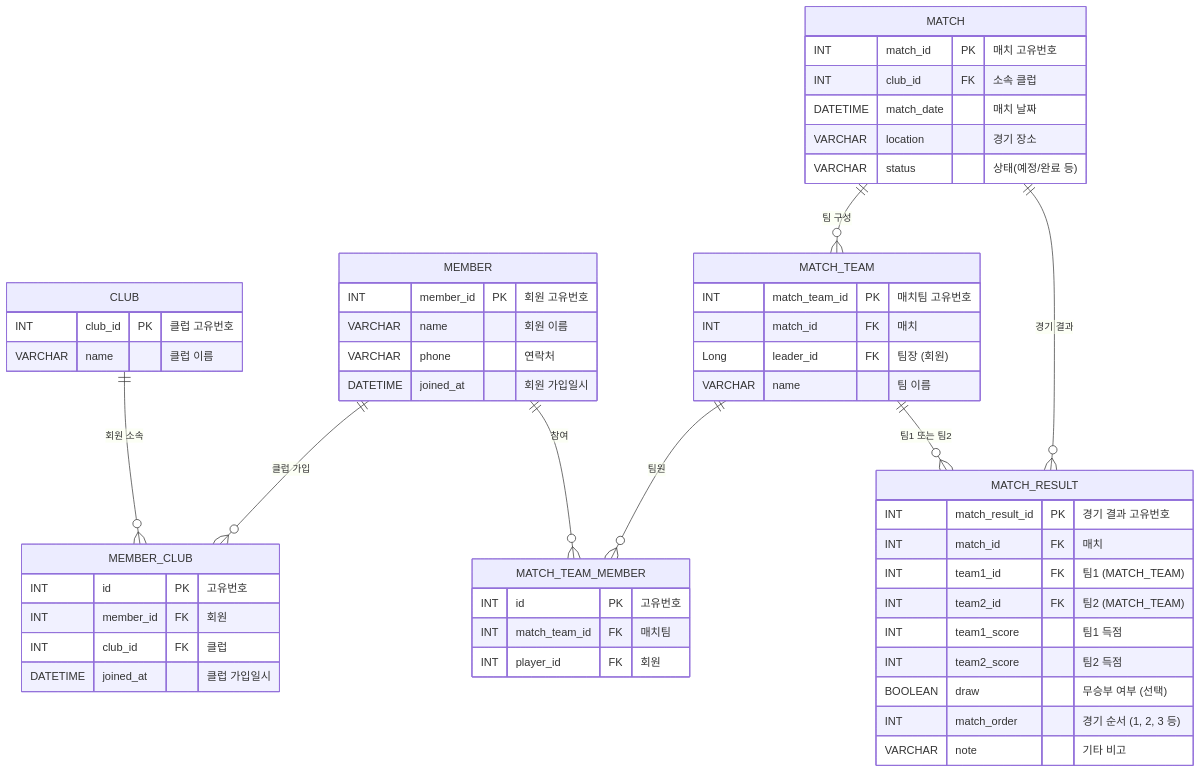
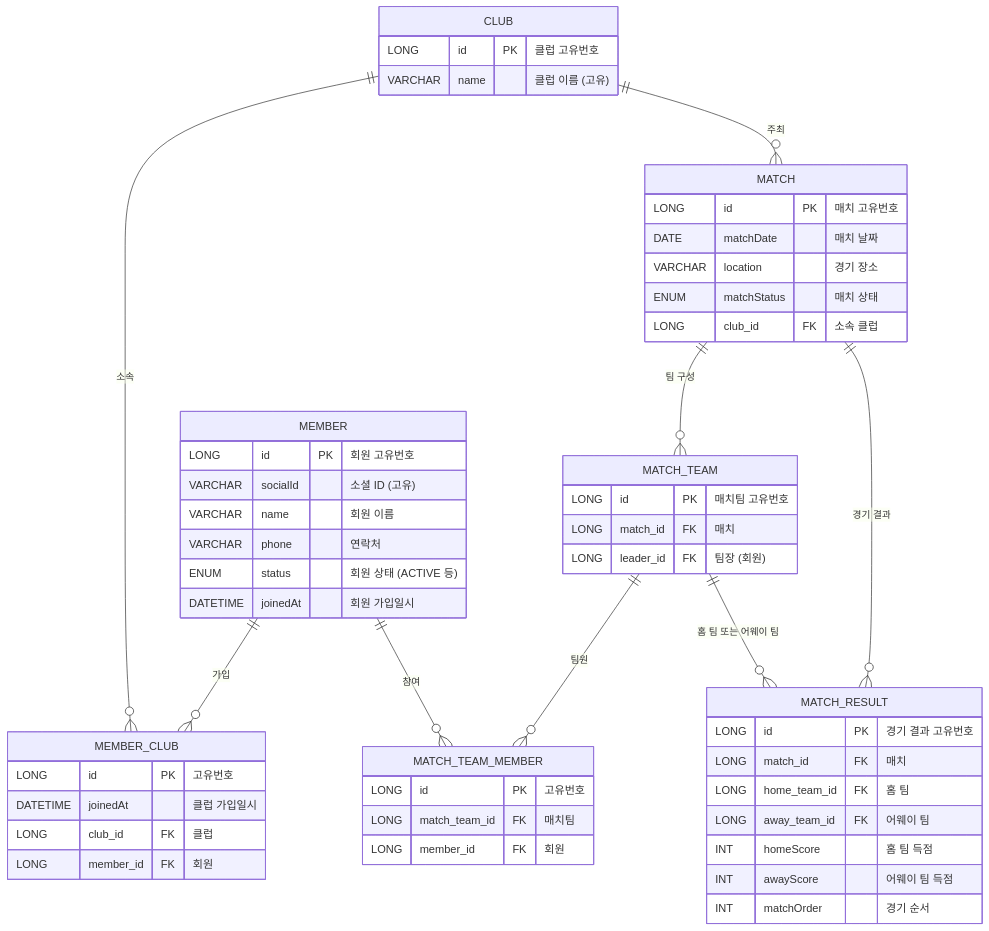
One commit to fivedragon5/kick-log changed the diagram in ERD.md. Above: the diagram before and after it, drawn with Mermaid. The commit also changed 8 other files, not shown here.

Commit message:
fix. 테이블 수정 및 ERD 업데이트 반영

````diff
--- a/ERD.md
+++ b/ERD.md
@@ -2,62 +2,62 @@
 ```mermaid
     erDiagram
-        CLUB {
-            INT club_id PK "클럽 고유번호"
-            VARCHAR name "클럽 이름"
+        MEMBER {
+            LONG id PK "회원 고유번호"
+            VARCHAR socialId "소셜 ID (고유)"
+            VARCHAR name "회원 이름"
+            VARCHAR phone "연락처"
+            ENUM status "회원 상태 (ACTIVE 등)"
+            DATETIME joinedAt "회원 가입일시"
         }
     
-        MEMBER {
-            INT member_id PK "회원 고유번호"
-            VARCHAR name "회원 이름"
-            VARCHAR phone "연락처"
-            DATETIME joined_at "회원 가입일시"
+        CLUB {
+            LONG id PK "클럽 고유번호"
+            VARCHAR name "클럽 이름 (고유)"
         }
     
-       MEMBER_CLUB {
-            INT id PK "고유번호"
-            INT member_id FK "회원"
-            INT club_id FK "클럽"
-            DATETIME joined_at "클럽 가입일시"
+        MEMBER_CLUB {
+            LONG id PK "고유번호"
+            DATETIME joinedAt "클럽 가입일시"
+            LONG club_id FK "클럽"
+            LONG member_id FK "회원"
         }
- 
+    
         MATCH {
-            INT match_id PK "매치 고유번호"
-            INT club_id FK "소속 클럽"
-            DATETIME match_date "매치 날짜"
+            LONG id PK "매치 고유번호"
+            DATE matchDate "매치 날짜"
             VARCHAR location "경기 장소"
-            VARCHAR status "상태(예정/완료 등)"
+            ENUM matchStatus "매치 상태"
+            LONG club_id FK "소속 클럽"
         }
     
         MATCH_TEAM {
-            INT match_team_id PK "매치팀 고유번호"
-            INT match_id FK "매치"
-            Long leader_id FK "팀장 (회원)"
-            VARCHAR name "팀 이름"
+            LONG id PK "매치팀 고유번호"
+            LONG match_id FK "매치"
+            LONG leader_id FK "팀장 (회원)"
         }
     
         MATCH_TEAM_MEMBER {
-            INT id PK "고유번호"
-            INT match_team_id FK "매치팀"
-            INT player_id FK "회원"
+            LONG id PK "고유번호"
+            LONG match_team_id FK "매치팀"
+            LONG member_id FK "회원"
         }
     
         MATCH_RESULT {
-            INT match_result_id PK "경기 결과 고유번호"
-            INT match_id FK "매치"
-            INT team1_id FK "팀1 (MATCH_TEAM)"
-            INT team2_id FK "팀2 (MATCH_TEAM)"
-            INT team1_score "팀1 득점"
-            INT team2_score "팀2 득점"
-            BOOLEAN draw "무승부 여부 (선택)"
-            INT match_order "경기 순서 (1, 2, 3 등)" 
-            VARCHAR note "기타 비고"
+            LONG id PK "경기 결과 고유번호"
+            LONG match_id FK "매치"
+            LONG home_team_id FK "홈 팀"
+            LONG away_team_id FK "어웨이 팀"
+            INT homeScore "홈 팀 득점"
+            INT awayScore "어웨이 팀 득점"
+            INT matchOrder "경기 순서"
         }
-
-        CLUB ||--o{ MEMBER_CLUB : "회원 소속"
-        MEMBER ||--o{ MEMBER_CLUB : "클럽 가입"
+    
+        MEMBER ||--o{ MEMBER_CLUB : "가입"
+        CLUB ||--o{ MEMBER_CLUB : "소속"
+        CLUB ||--o{ MATCH : "주최"
         MATCH ||--o{ MATCH_TEAM : "팀 구성"
         MATCH_TEAM ||--o{ MATCH_TEAM_MEMBER : "팀원"
         MEMBER ||--o{ MATCH_TEAM_MEMBER : "참여"
         MATCH ||--o{ MATCH_RESULT : "경기 결과"
-        MATCH_TEAM ||--o{ MATCH_RESULT : "팀1 또는 팀2"
+        MATCH_TEAM ||--o{ MATCH_RESULT : "홈 팀 또는 어웨이 팀"
 ```
````
